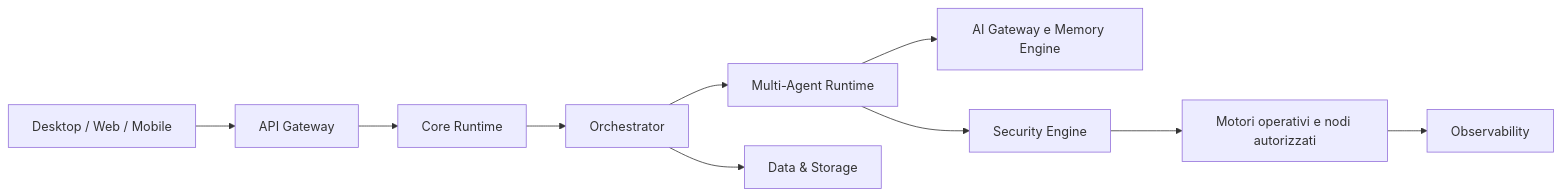
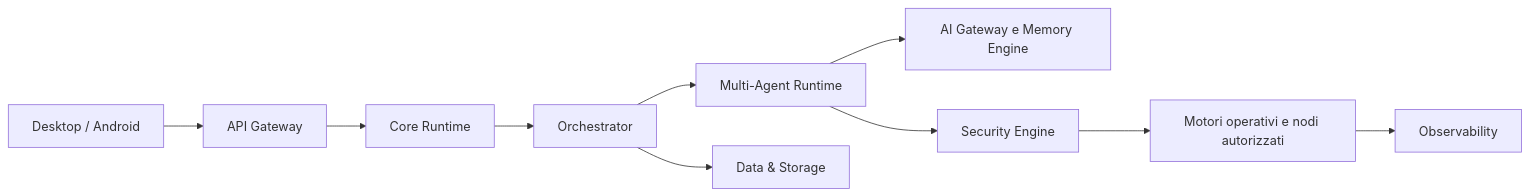
The diagram in docs/ARCHITECTURE.md (xX-VyrnCore-Xx/JARVIS), drawn with Mermaid before and after one commit. The commit also changed other lines of this file and 98 other files, not shown here.

Commit message:
Replace Web desktop with native egui clients

````diff
--- a/docs/ARCHITECTURE.md
+++ b/docs/ARCHITECTURE.md
@@ -5,12 +5,12 @@
 ```mermaid
 flowchart LR
-    C[Desktop / Web / Mobile] --> G[API Gateway]
+    C[Desktop / Android] --> G[API Gateway]
     G --> R[Core Runtime]
     R --> O[Orchestrator]
     O --> A[Multi-Agent Runtime]
     A --> M[AI Gateway e Memory Engine]
     A --> P[Security Engine]
     P --> T[Motori operativi e nodi autorizzati]
     O --> B[Data & Storage]
     T --> V[Observability]
 ```
````
